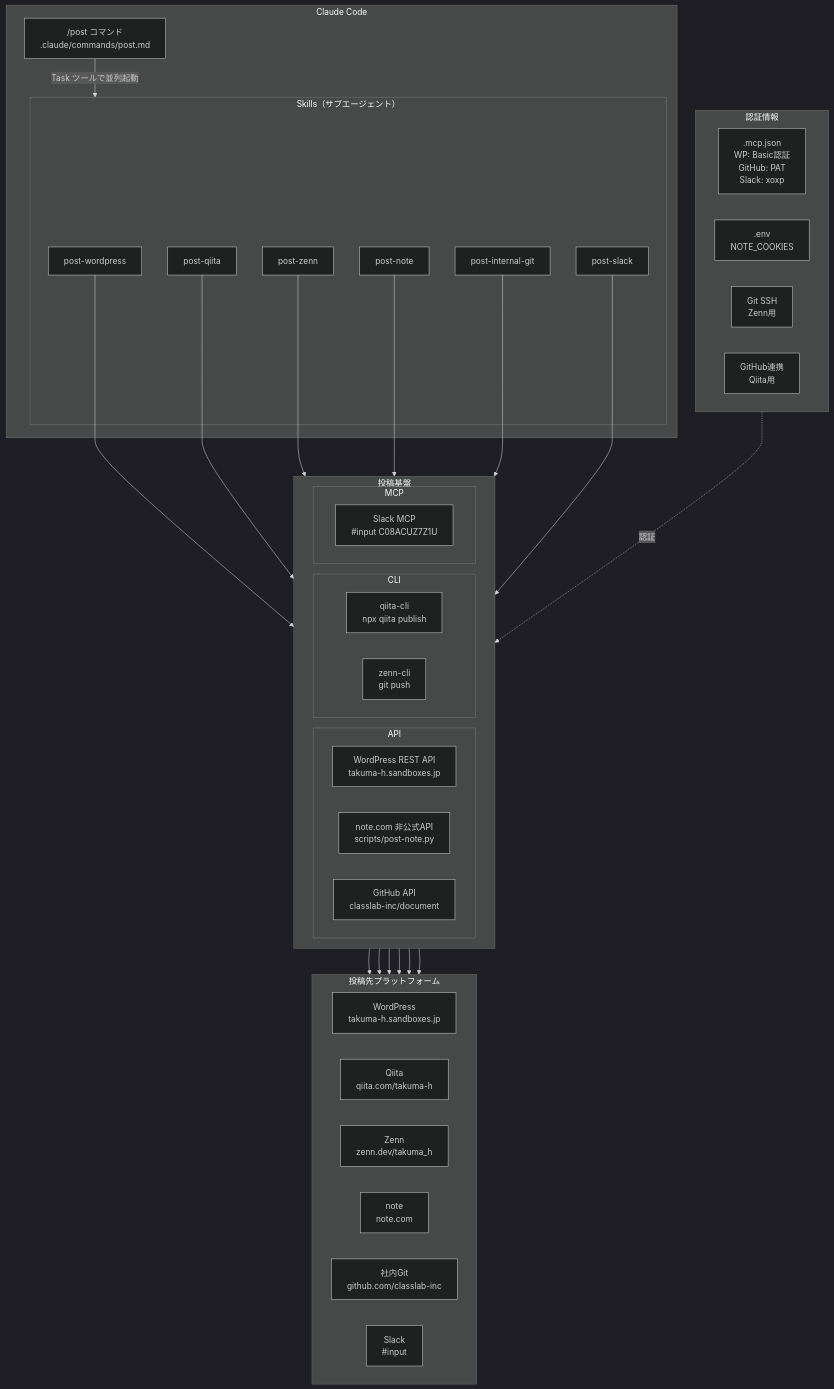
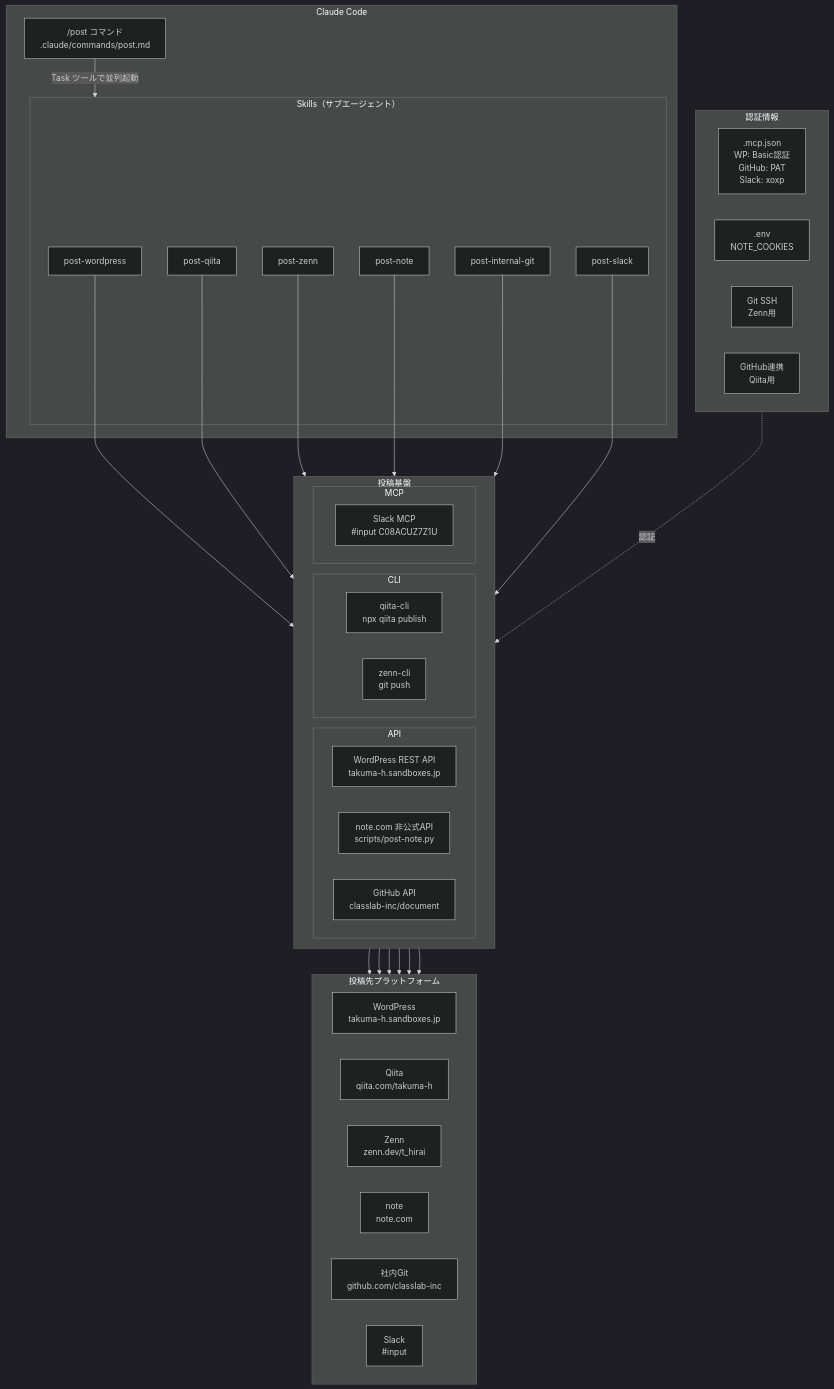
One commit to thirai-classlab/technology-output changed the ninth of 10 diagrams in docs/design/06-workflow-dataflow.md. Above: the diagram before and after it, drawn with Mermaid (dark theme). The commit also changed 6 other files, not shown here.

````diff
--- a/docs/design/06-workflow-dataflow.md
+++ b/docs/design/06-workflow-dataflow.md
@@ -401,58 +401,58 @@
 ```mermaid
 flowchart TB
     subgraph claude["Claude Code"]
         CMD["/post コマンド<br/>.claude/commands/post.md"]
         CMD -->|Task ツールで並列起動| SKILLS
         subgraph SKILLS["Skills（サブエージェント）"]
             SK1["post-wordpress"]
             SK2["post-qiita"]
             SK3["post-zenn"]
             SK4["post-note"]
             SK5["post-internal-git"]
             SK6["post-slack"]
         end
     end
 
     subgraph infra["投稿基盤"]
         direction LR
         subgraph api_group["API"]
             WP_API["WordPress REST API<br/>takuma-h.sandboxes.jp"]
             NOTE_API["note.com 非公式API<br/>scripts/post-note.py"]
             GH_API["GitHub API<br/>classlab-inc/document"]
         end
         subgraph cli_group["CLI"]
             Q_CLI["qiita-cli<br/>npx qiita publish"]
             Z_CLI["zenn-cli<br/>git push"]
         end
         subgraph mcp_group["MCP"]
             SL_MCP["Slack MCP<br/>#input C08ACUZ7Z1U"]
         end
     end
 
     subgraph platforms["投稿先プラットフォーム"]
         direction LR
         WP_SITE["WordPress<br/>takuma-h.sandboxes.jp"]
         QIITA["Qiita<br/>qiita.com/takuma-h"]
-        ZENN["Zenn<br/>zenn.dev/takuma_h"]
+        ZENN["Zenn<br/>zenn.dev/t_hirai"]
         NOTE["note<br/>note.com"]
         GITHUB["社内Git<br/>github.com/classlab-inc"]
         SLACK["Slack<br/>#input"]
     end
 
     SK1 --> WP_API --> WP_SITE
     SK2 --> Q_CLI --> QIITA
     SK3 --> Z_CLI --> ZENN
     SK4 --> NOTE_API --> NOTE
     SK5 --> GH_API --> GITHUB
     SK6 --> SL_MCP --> SLACK
 
     subgraph auth["認証情報"]
         direction LR
         AUTH1[".mcp.json<br/>WP: Basic認証<br/>GitHub: PAT<br/>Slack: xoxp"]
         AUTH2[".env<br/>NOTE_COOKIES"]
         AUTH3["Git SSH<br/>Zenn用"]
         AUTH4["GitHub連携<br/>Qiita用"]
     end
 
     auth -.->|認証| infra
 ```
````
